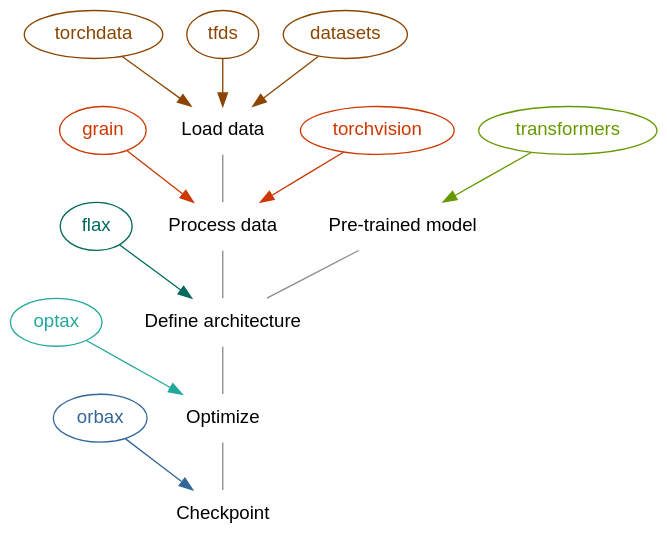
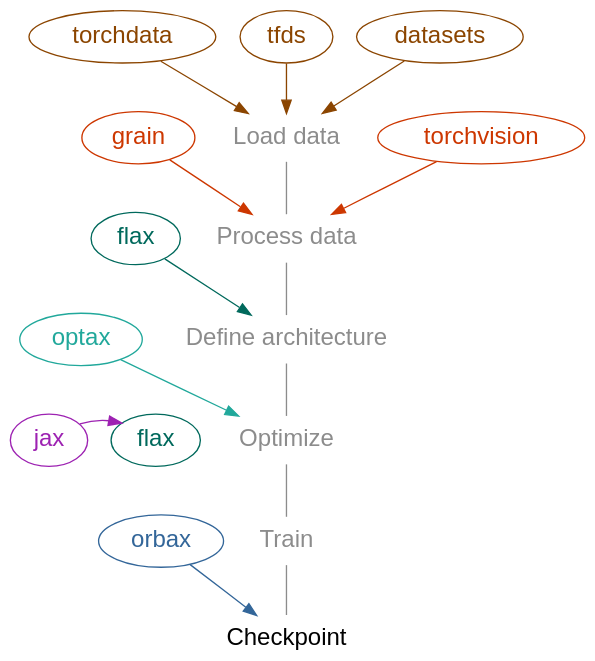
One commit to WestDRI/arc-training changed diagram 14 of 15 in ai/jxai/fl_jax_slides.qmd. Above: the diagram before and after it, drawn with Graphviz. The commit also changed other lines of this file, not shown here.

Commit message:
add training in the modular series of graphs

````diff
--- a/ai/jxai/fl_jax_slides.qmd
+++ b/ai/jxai/fl_jax_slides.qmd
@@ -621,50 +626,50 @@
 ```{dot}
 //| echo: false
 //| fig-width: 700px
 
 digraph {
 
 bgcolor="transparent"
-node [fontname="Inconsolata, sans-serif", color=gray55]
+node [fontname="Inconsolata, sans-serif", color=gray55, fontsize="18pt"]
 edge [color=gray55]
 
-load [label="Load data", shape=plaintext, group=g1]
-proc [label="Process data", shape=plaintext, group=g1]
-nn [label="Define architecture", shape=plaintext, group=g1]
-pretr [label="Pre-trained model", shape=plaintext, group=g1]
-opt [label="Optimize", shape=plaintext, group=g1]
+load [label="Load data", shape=plaintext, group=g1, fontcolor=gray55]
+proc [label="Process data", shape=plaintext, group=g1, fontcolor=gray55]
+nn [label="Define architecture", shape=plaintext, group=g1, fontcolor=gray55]
+opt [label="Optimize", shape=plaintext, group=g1, fontcolor=gray55]
+train [label="Train", shape=plaintext, group=g1, fontcolor=gray55]
 cp [label="Checkpoint", shape=plaintext, group=g1]
 
 pt [label=torchdata, fontcolor=darkorange4, color=darkorange4]
 tfds [label=tfds, group=g2, fontcolor=darkorange4, color=darkorange4]
 dt [label=datasets, fontcolor=darkorange4, color=darkorange4]
 
 gr [label=grain, fontcolor=orangered3, color=orangered3]
 tv [label=torchvision, fontcolor=orangered3, color=orangered3]
 
-tr [label=transformers, fontcolor="#669900", color="#669900"]
-
-fl [label=flax, group=g2, fontcolor="#00695C", color="#00695C"]
+fl1 [label=flax, group=g2, fontcolor="#00695C", color="#00695C"]
+fl2 [label=flax, group=g2, fontcolor="#00695C", color="#00695C"]
 
 oa [label=optax, group=g2, fontcolor="#21A89B", color="#21A89B"]
+
+jx [label=jax, group=g2, fontcolor="#9D22B2", color="#9D22B2"]
 
 ob [label=orbax, group=g2, fontcolor="#336699", color="#336699"]
 
 {rank=same; gr load tv}
 gr -> load -> tv [style=invis]
 
-{rank=same; fl proc pretr}
-fl -> proc -> pretr [style=invis]
+{rank=same; jx fl2 opt}
+jx -> fl2 -> opt [style=invis]
 
 {pt tfds dt} -> load [color=darkorange4]
 {gr tv} -> proc [color=orangered3]
-fl -> nn [color="#00695C"]
-pretr -> nn [dir=none]
-tr -> pretr [color="#669900"]
+fl1 -> nn [color="#00695C"]
 oa -> opt [color="#21A89B"]
+jx -> fl2 [color="#9D22B2"]
 ob -> cp [color="#336699"]
 
-load -> proc -> nn -> opt -> cp [dir=none]
+load -> proc -> nn -> opt -> train -> cp [dir=none]
 
 }
 ```
````
